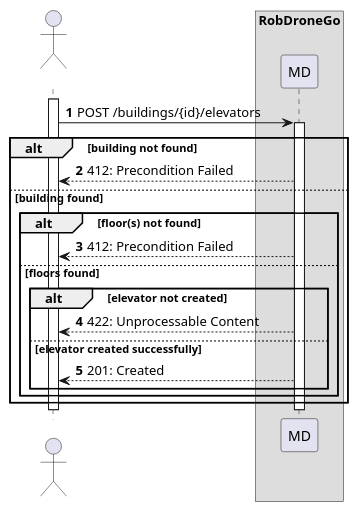
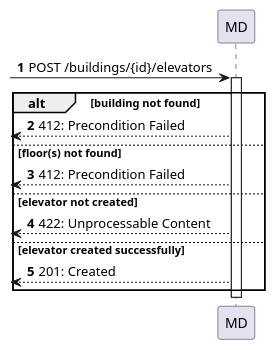
The diagram in docs/us270/level2/process-view.puml (Departamento-de-Engenharia-Informatica/lapr5-23-24-g19), drawn with PlantUML before and after one commit. The commit also changed other lines of this file and 5 other files, not shown here.

Commit message:
docs(us270): simplify diagrams

```diff
--- a/docs/us270/level2/process-view.puml
+++ b/docs/us270/level2/process-view.puml
@@ -1,30 +1,20 @@
 @startuml
 autonumber
 
-actor " " as actor
-box "RobDroneGo"
 participant "MD" as mdr
 
-activate actor
-    actor -> mdr: POST /buildings/{id}/elevators
-    activate mdr
+[-> mdr : POST /buildings/{id}/elevators
 
+activate mdr
     alt building not found
-        mdr --> actor : 412: Precondition Failed
-    else building found
-        alt floor(s) not found
-            mdr --> actor : 412: Precondition Failed
-        else floors found
-            alt elevator not created
-                mdr --> actor : 422: Unprocessable Content
-            else elevator created successfully
-                mdr --> actor : 201: Created
-            end
-        end
+        [<-- mdr : 412: Precondition Failed
+    else floor(s) not found
+        [<-- mdr : 412: Precondition Failed
+    else elevator not created
+        [<-- mdr : 422: Unprocessable Content
+    else elevator created successfully
+        [<-- mdr : 201: Created
     end
-
-    deactivate mdr
-deactivate actor
-
+deactivate mdr
 
 @enduml
```
